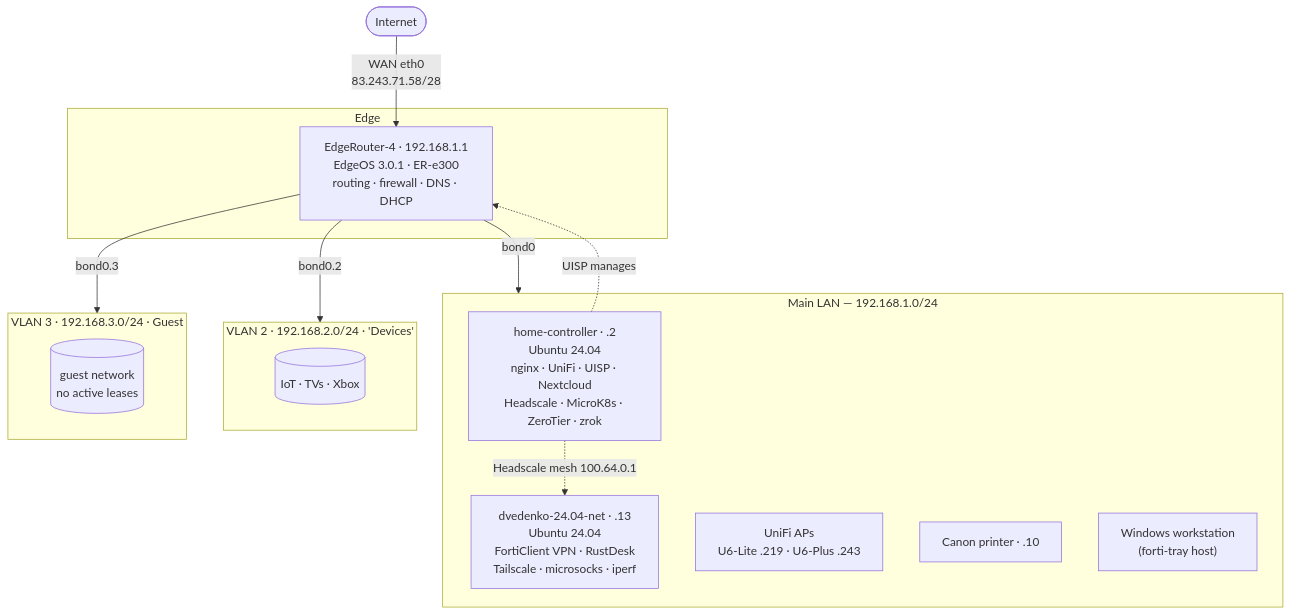
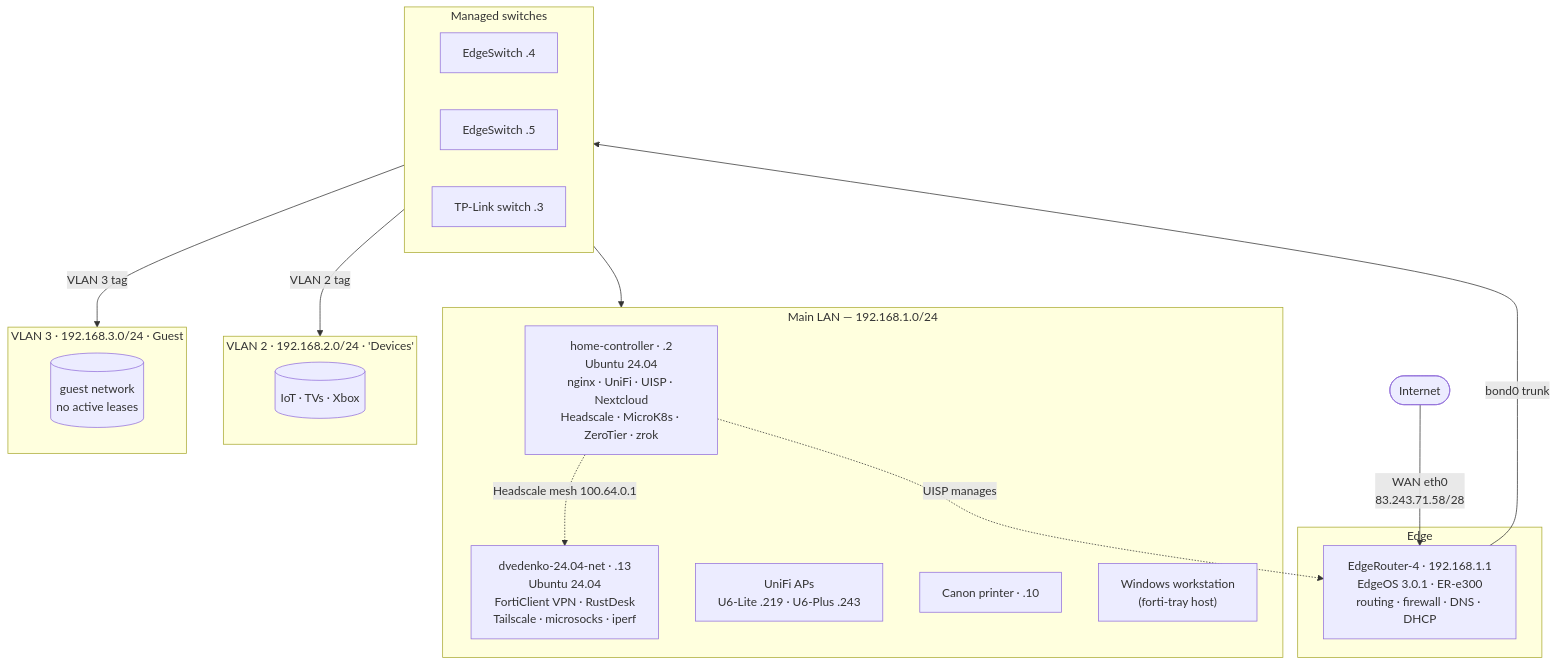
The diagram in docs/topology.md (crsib/home-network-config), drawn with Mermaid before and after one commit. The commit also changed other lines of this file and 3 other files, not shown here.

First line of the commit message:
Add switch layer: two EdgeSwitches (.4/.5) + TP-Link switch (.3)

````diff
--- a/docs/topology.md
+++ b/docs/topology.md
@@ -7,31 +7,39 @@
 ```mermaid
 graph TD
     INET([Internet])
     INET -->|WAN eth0<br/>83.243.71.58/28| ER
 
     subgraph Edge
         ER["EdgeRouter-4 · 192.168.1.1<br/>EdgeOS 3.0.1 · ER-e300<br/>routing · firewall · DNS · DHCP"]
     end
 
-    ER -->|bond0| LAN
-    ER -->|bond0.2| VLAN2
-    ER -->|bond0.3| VLAN3
+    ER -->|bond0 trunk| SW
+
+    subgraph SW["Managed switches"]
+        S4["EdgeSwitch .4"]
+        S5["EdgeSwitch .5"]
+        S3["TP-Link switch .3"]
+    end
+
+    SW --> LAN
+    SW -->|VLAN 2 tag| VLAN2
+    SW -->|VLAN 3 tag| VLAN3
 
     subgraph LAN["Main LAN — 192.168.1.0/24"]
         HC["home-controller · .2<br/>Ubuntu 24.04<br/>nginx · UniFi · UISP · Nextcloud<br/>Headscale · MicroK8s · ZeroTier · zrok"]
         FB["dvedenko-24.04-net · .13<br/>Ubuntu 24.04<br/>FortiClient VPN · RustDesk<br/>Tailscale · microsocks · iperf"]
         AP["UniFi APs<br/>U6-Lite .219 · U6-Plus .243"]
         PR["Canon printer · .10"]
         WS["Windows workstation<br/>(forti-tray host)"]
     end
 
     subgraph VLAN2["VLAN 2 · 192.168.2.0/24 · 'Devices'"]
         V2[("IoT · TVs · Xbox")]
     end
     subgraph VLAN3["VLAN 3 · 192.168.3.0/24 · Guest"]
         V3[("guest network<br/>no active leases")]
     end
 
     HC -.->|UISP manages| ER
     HC -.->|Headscale mesh 100.64.0.1| FB
 ```
````
